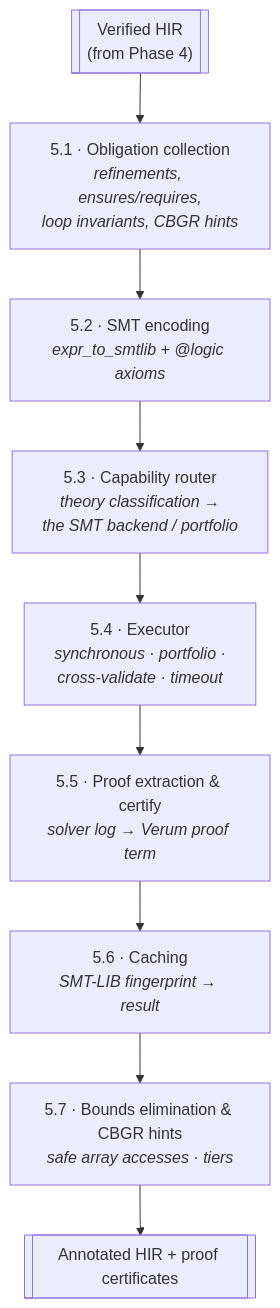
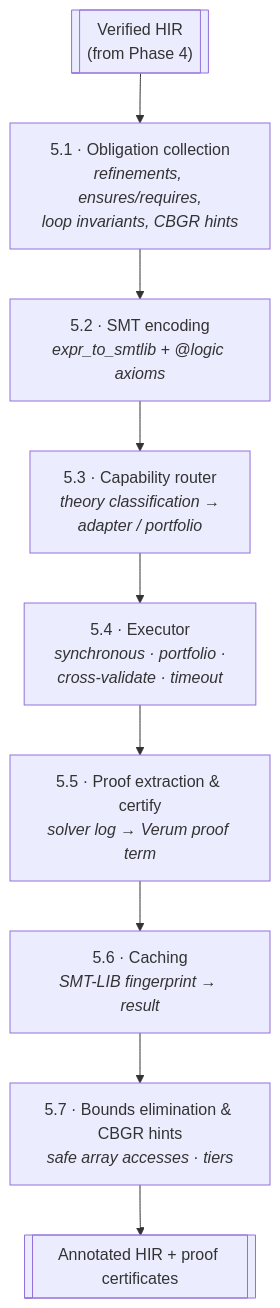
Before and after one commit to verum-lang/website: the diagram in docs/architecture/verification-pipeline.md, drawn with Mermaid. The commit also changed other lines of this file and 81 other files, not shown here.

````diff
--- a/docs/architecture/verification-pipeline.md
+++ b/docs/architecture/verification-pipeline.md
@@ -49,14 +49,14 @@
 ```mermaid
 flowchart TD
     IN[["Verified HIR<br/>(from Phase 4)"]]
     S1["5.1 · Obligation collection<br/><i>refinements, ensures/requires,<br/>loop invariants, CBGR hints</i>"]
     S2["5.2 · SMT encoding<br/><i>expr_to_smtlib + @logic axioms</i>"]
-    S3["5.3 · Capability router<br/><i>theory classification →<br/>the SMT backend / portfolio</i>"]
+    S3["5.3 · Capability router<br/><i>theory classification →<br/>adapter / portfolio</i>"]
     S4["5.4 · Executor<br/><i>synchronous · portfolio ·<br/>cross-validate · timeout</i>"]
     S5["5.5 · Proof extraction & certify<br/><i>solver log → Verum proof term</i>"]
     S6["5.6 · Caching<br/><i>SMT-LIB fingerprint → result</i>"]
     S7["5.7 · Bounds elimination & CBGR hints<br/><i>safe array accesses · tiers</i>"]
     OUT[["Annotated HIR + proof certificates"]]
 
     IN --> S1 --> S2 --> S3 --> S4 --> S5 --> S6 --> S7 --> OUT
 ```
````
